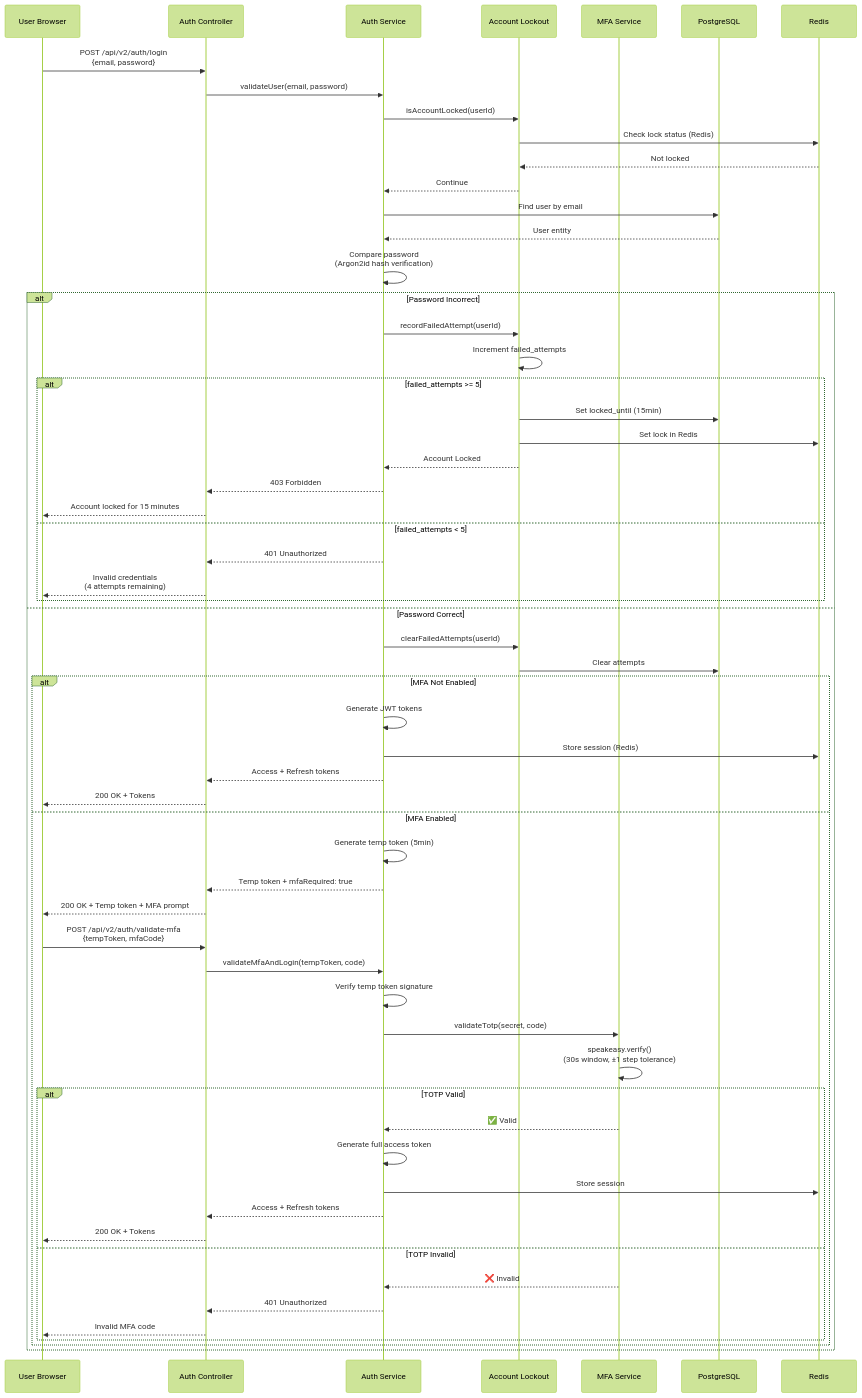
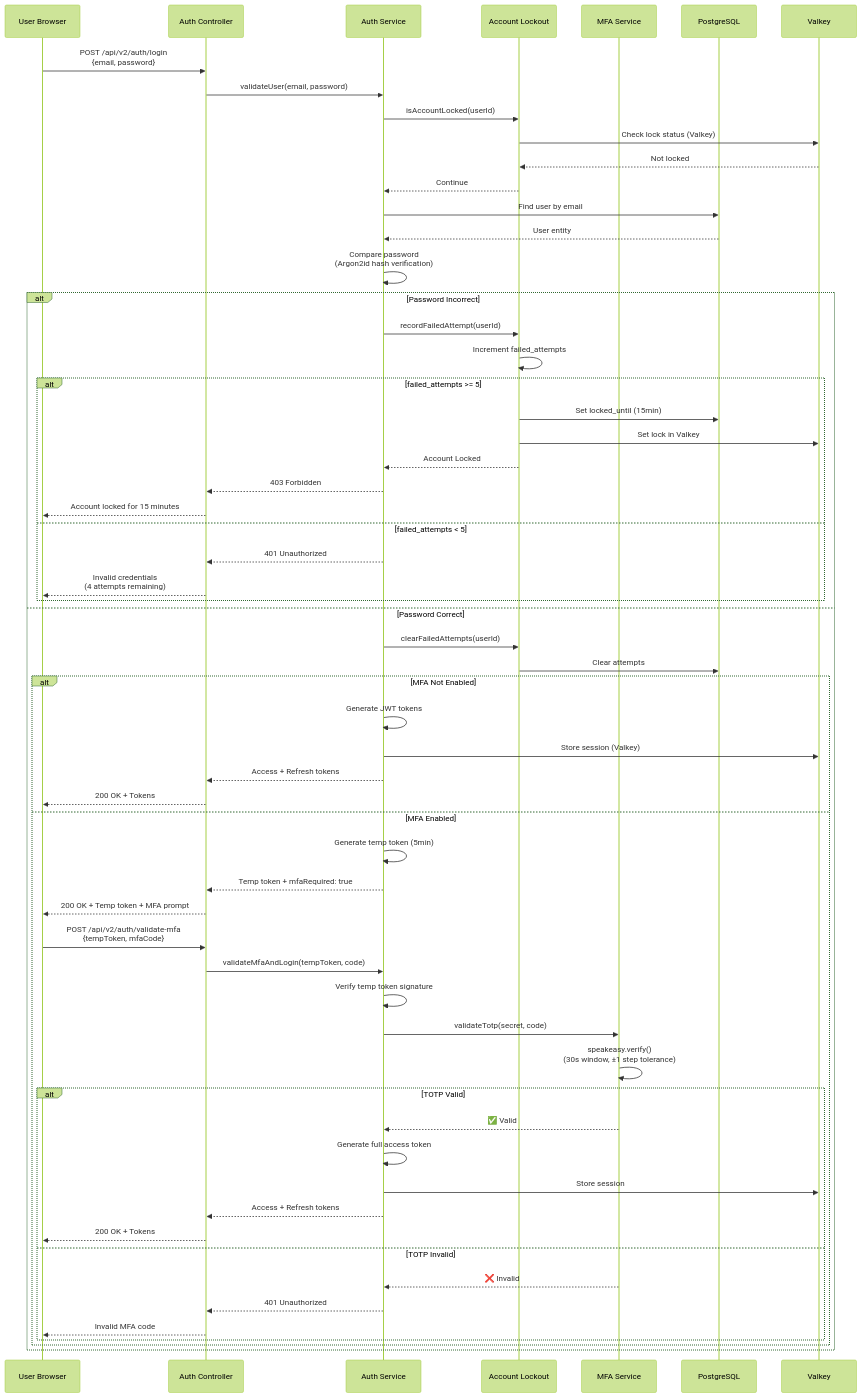
The sixth of 14 diagrams in architecture/02-DATA-FLOW.md (telemetryflow/telemetryflow-overview), drawn with Mermaid (forest theme) before and after one commit. The commit also changed other lines of this file and 23 other files, not shown here.

First line of the commit message:
docs: relabel Redis->Valkey in architecture/diagrams/prose (follow-up sweep)

````diff
--- a/architecture/02-DATA-FLOW.md
+++ b/architecture/02-DATA-FLOW.md
@@ -337,68 +337,68 @@
 ```mermaid
 sequenceDiagram
     participant User as User Browser
     participant API as Auth Controller
     participant Service as Auth Service
     participant Lockout as Account Lockout
     participant MFA as MFA Service
     participant DB as PostgreSQL
-    participant Cache as Redis
+    participant Cache as Valkey
 
     User->>API: POST /api/v2/auth/login<br/>{email, password}
     API->>Service: validateUser(email, password)
     Service->>Lockout: isAccountLocked(userId)
-    Lockout->>Cache: Check lock status (Redis)
+    Lockout->>Cache: Check lock status (Valkey)
     Cache-->>Lockout: Not locked
     Lockout-->>Service: Continue
 
     Service->>DB: Find user by email
     DB-->>Service: User entity
     Service->>Service: Compare password<br/>(Argon2id hash verification)
 
     alt Password Incorrect
         Service->>Lockout: recordFailedAttempt(userId)
         Lockout->>Lockout: Increment failed_attempts
         alt failed_attempts >= 5
             Lockout->>DB: Set locked_until (15min)
-            Lockout->>Cache: Set lock in Redis
+            Lockout->>Cache: Set lock in Valkey
             Lockout-->>Service: Account Locked
             Service-->>API: 403 Forbidden
             API-->>User: Account locked for 15 minutes
         else failed_attempts < 5
             Service-->>API: 401 Unauthorized
             API-->>User: Invalid credentials<br/>(4 attempts remaining)
         end
     else Password Correct
         Service->>Lockout: clearFailedAttempts(userId)
         Lockout->>DB: Clear attempts
 
         alt MFA Not Enabled
             Service->>Service: Generate JWT tokens
-            Service->>Cache: Store session (Redis)
+            Service->>Cache: Store session (Valkey)
             Service-->>API: Access + Refresh tokens
             API-->>User: 200 OK + Tokens
         else MFA Enabled
             Service->>Service: Generate temp token (5min)
             Service-->>API: Temp token + mfaRequired: true
             API-->>User: 200 OK + Temp token + MFA prompt
 
             User->>API: POST /api/v2/auth/validate-mfa<br/>{tempToken, mfaCode}
             API->>Service: validateMfaAndLogin(tempToken, code)
             Service->>Service: Verify temp token signature
             Service->>MFA: validateTotp(secret, code)
             MFA->>MFA: speakeasy.verify()<br/>(30s window, ±1 step tolerance)
 
             alt TOTP Valid
                 MFA-->>Service: ✅ Valid
                 Service->>Service: Generate full access token
                 Service->>Cache: Store session
                 Service-->>API: Access + Refresh tokens
                 API-->>User: 200 OK + Tokens
             else TOTP Invalid
                 MFA-->>Service: ❌ Invalid
                 Service-->>API: 401 Unauthorized
                 API-->>User: Invalid MFA code
             end
         end
     end
 ```
````
